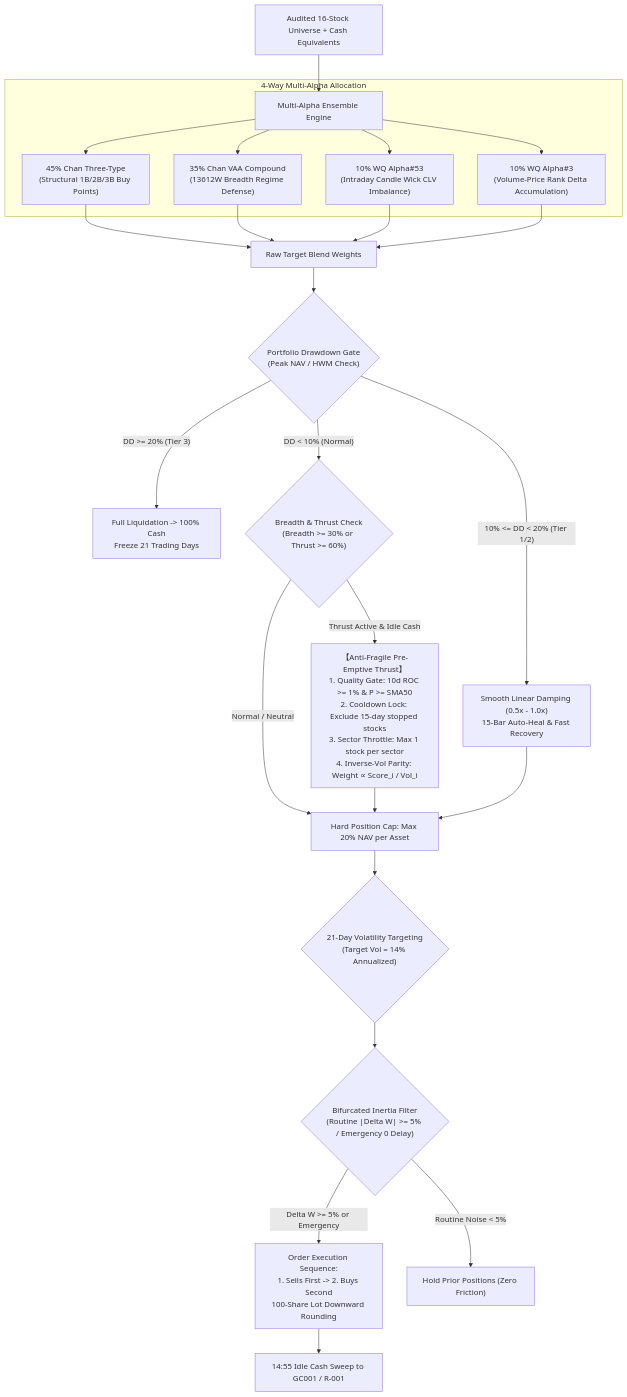
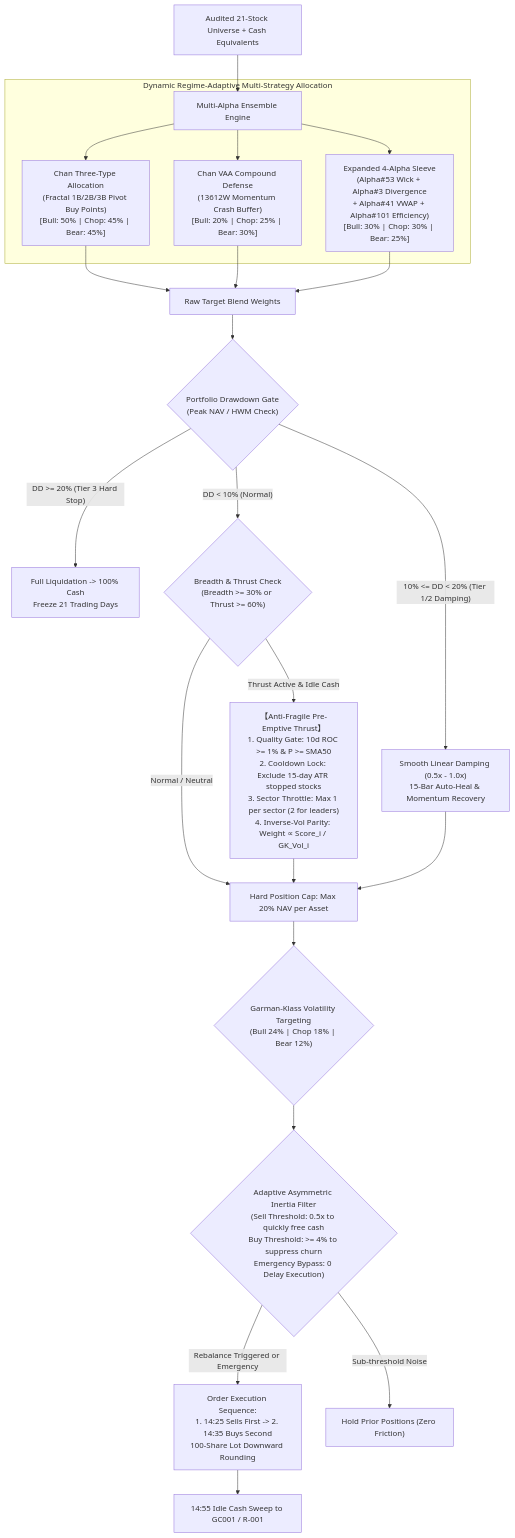
Before and after one commit to stonewell/quant_research: the first of 2 diagrams in docs/ruleset/chan_dual_hybrid_blend/rules.md, drawn with Mermaid. The commit also changed other lines of this file and 14 other files, not shown here.

````diff
--- a/docs/ruleset/chan_dual_hybrid_blend/rules.md
+++ b/docs/ruleset/chan_dual_hybrid_blend/rules.md
@@ -17,30 +18,29 @@
 ```mermaid
 flowchart TD
-    Universe["Audited 16-Stock Universe + Cash Equivalents"] --> SubAlphas["Multi-Alpha Ensemble Engine"]
+    Universe["Audited 21-Stock Universe + Cash Equivalents"] --> SubAlphas["Multi-Alpha Ensemble Engine"]
     
-    subgraph Ensemble ["4-Way Multi-Alpha Allocation"]
-        SubAlphas --> S1["45% Chan Three-Type\n(Structural 1B/2B/3B Buy Points)"]
-        SubAlphas --> S2["35% Chan VAA Compound\n(13612W Breadth Regime Defense)"]
-        SubAlphas --> S3["10% WQ Alpha#53\n(Intraday Candle Wick CLV Imbalance)"]
-        SubAlphas --> S4["10% WQ Alpha#3\n(Volume-Price Rank Delta Accumulation)"]
+    subgraph Ensemble ["Dynamic Regime-Adaptive Multi-Strategy Allocation"]
+        SubAlphas --> S1["Chan Three-Type Allocation\n(Fractal 1B/2B/3B Pivot Buy Points)\n[Bull: 50% | Chop: 45% | Bear: 45%]"]
+        SubAlphas --> S2["Chan VAA Compound Defense\n(13612W Momentum Crash Buffer)\n[Bull: 20% | Chop: 25% | Bear: 30%]"]
+        SubAlphas --> S3["Expanded 4-Alpha Sleeve\n(Alpha#53 Wick + Alpha#3 Divergence\n+ Alpha#41 VWAP + Alpha#101 Efficiency)\n[Bull: 30% | Chop: 30% | Bear: 25%]"]
     end
     
-    S1 & S2 & S3 & S4 --> RawBlend["Raw Target Blend Weights"]
+    S1 & S2 & S3 --> RawBlend["Raw Target Blend Weights"]
     
     RawBlend --> DDGate{"Portfolio Drawdown Gate\n(Peak NAV / HWM Check)"}
-    DDGate -- "DD >= 20% (Tier 3)" --> HardStop["Full Liquidation -> 100% Cash\nFreeze 21 Trading Days"]
-    DDGate -- "10% <= DD < 20% (Tier 1/2)" --> LinearDamp["Smooth Linear Damping (0.5x - 1.0x)\n15-Bar Auto-Heal & Fast Recovery"]
+    DDGate -- "DD >= 20% (Tier 3 Hard Stop)" --> HardStop["Full Liquidation -> 100% Cash\nFreeze 21 Trading Days"]
+    DDGate -- "10% <= DD < 20% (Tier 1/2 Damping)" --> LinearDamp["Smooth Linear Damping (0.5x - 1.0x)\n15-Bar Auto-Heal & Momentum Recovery"]
     DDGate -- "DD < 10% (Normal)" --> BreadthEngine{"Breadth & Thrust Check\n(Breadth >= 30% or Thrust >= 60%)"}
     
-    BreadthEngine -- "Thrust Active & Idle Cash" --> AntiFragileThrust["【Anti-Fragile Pre-Emptive Thrust】\n1. Quality Gate: 10d ROC >= 1% & P >= SMA50\n2. Cooldown Lock: Exclude 15-day stopped stocks\n3. Sector Throttle: Max 1 stock per sector\n4. Inverse-Vol Parity: Weight ∝ Score_i / Vol_i"]
+    BreadthEngine -- "Thrust Active & Idle Cash" --> AntiFragileThrust["【Anti-Fragile Pre-Emptive Thrust】\n1. Quality Gate: 10d ROC >= 1% & P >= SMA50\n2. Cooldown Lock: Exclude 15-day ATR stopped stocks\n3. Sector Throttle: Max 1 per sector (2 for leaders)\n4. Inverse-Vol Parity: Weight ∝ Score_i / GK_Vol_i"]
     BreadthEngine -- "Normal / Neutral" --> SizingCap["Hard Position Cap: Max 20% NAV per Asset"]
     AntiFragileThrust --> SizingCap
     LinearDamp --> SizingCap
     
-    SizingCap --> VolTarget{"21-Day Volatility Targeting\n(Target Vol = 14% Annualized)"}
-    VolTarget --> FrictionFilter{"Bifurcated Inertia Filter\n(Routine |Delta W| >= 5% / Emergency 0 Delay)"}
+    SizingCap --> VolTarget{"Garman-Klass Volatility Targeting\n(Bull 24% | Chop 18% | Bear 12%)"}
+    VolTarget --> FrictionFilter{"Adaptive Asymmetric Inertia Filter\n(Sell Threshold: 0.5x to quickly free cash\nBuy Threshold: >= 4% to suppress churn\nEmergency Bypass: 0 Delay Execution)"}
     
-    FrictionFilter -- "Delta W >= 5% or Emergency" --> ExecutionEngine["Order Execution Sequence:\n1. Sells First -> 2. Buys Second\n100-Share Lot Downward Rounding"]
-    FrictionFilter -- "Routine Noise < 5%" --> HoldPrior["Hold Prior Positions (Zero Friction)"]
+    FrictionFilter -- "Rebalance Triggered or Emergency" --> ExecutionEngine["Order Execution Sequence:\n1. 14:25 Sells First -> 2. 14:35 Buys Second\n100-Share Lot Downward Rounding"]
+    FrictionFilter -- "Sub-threshold Noise" --> HoldPrior["Hold Prior Positions (Zero Friction)"]
     ExecutionEngine --> RepoSweep["14:55 Idle Cash Sweep to GC001 / R-001"]
 ```
````
